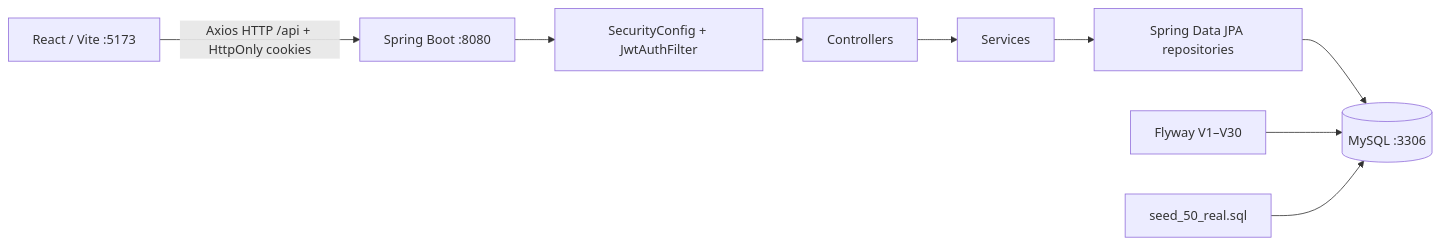
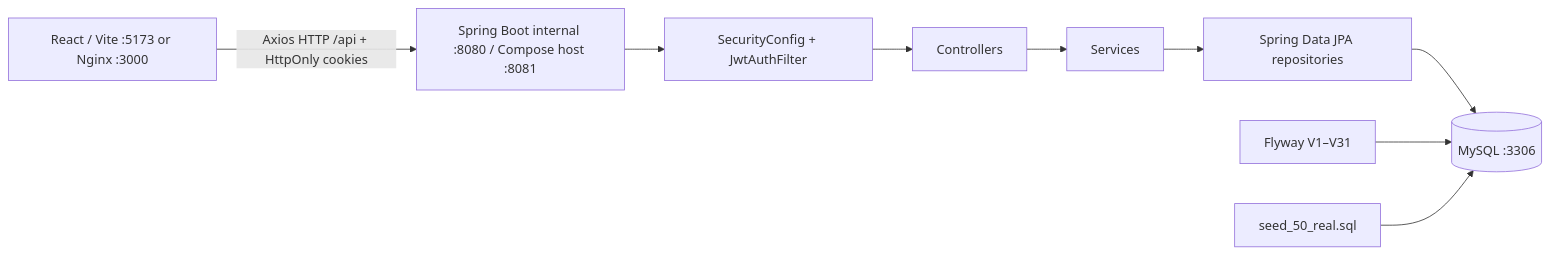
The diagram in docs/PROJECT_MAP.md (anton5267/rewind-letterboxd), drawn with Mermaid before and after one commit. The commit also changed other lines of this file and 149 other files, not shown here.

````diff
--- a/docs/PROJECT_MAP.md
+++ b/docs/PROJECT_MAP.md
@@ -11,11 +11,11 @@
 ```mermaid
 flowchart LR
-    Browser[React / Vite :5173] -->|Axios HTTP /api + HttpOnly cookies| API[Spring Boot :8080]
+    Browser[React / Vite :5173 or Nginx :3000] -->|Axios HTTP /api + HttpOnly cookies| API[Spring Boot internal :8080 / Compose host :8081]
     API --> Security[SecurityConfig + JwtAuthFilter]
     Security --> Controllers[Controllers]
     Controllers --> Services[Services]
     Services --> Repositories[Spring Data JPA repositories]
     Repositories --> MySQL[(MySQL :3306)]
-    Flyway[Flyway V1–V30] --> MySQL
+    Flyway[Flyway V1–V31] --> MySQL
     Seed[seed_50_real.sql] --> MySQL
 ```
````
